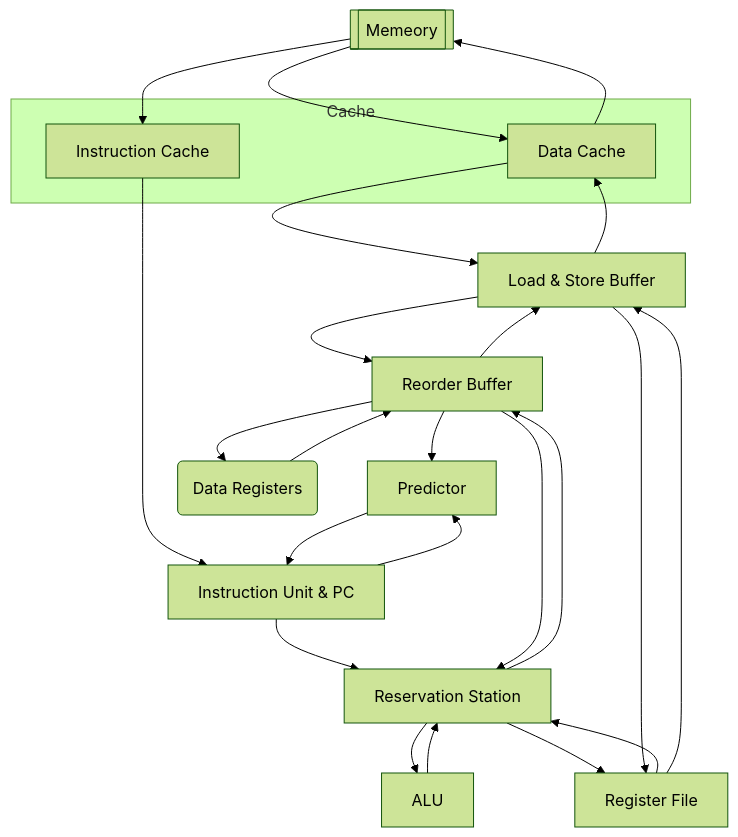
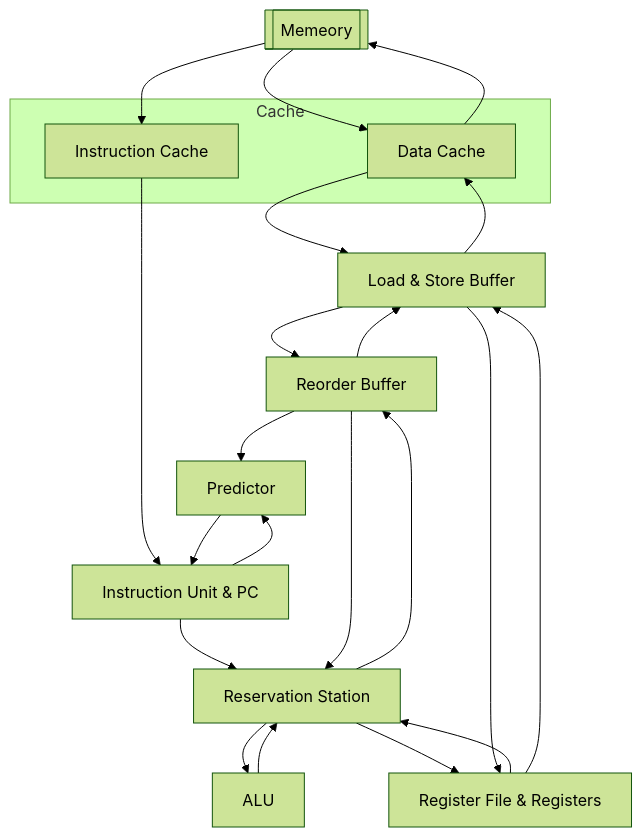
One commit to LauYeeYu/RV32I-CPU changed the diagram in docs/overview.md. Above: the diagram before and after it, drawn with Mermaid (forest theme).

Commit message:
docs: put the register file and register together

````diff
--- a/docs/overview.md
+++ b/docs/overview.md
@@ -5,39 +5,36 @@
 ```mermaid
 graph TD
 Mem[[Memeory]]
 subgraph Cache
   ICache[Instruction Cache]
   DCache[Data Cache]
 end
 InstructionUnit[Instruction Unit & PC]
 LSBuf[Load & Store Buffer]
 Predictor[Predictor]
-DRegs(Data Registers)
 RoB[Reorder Buffer]
-RegFile[Register File]
+RegFile[Register File & Registers]
 RS[Reservation Station]
 ALU[ALU]
 
 DCache --> Mem
 Mem --> DCache
 Mem --> ICache
 DCache --> LSBuf
 LSBuf --> DCache
 ICache --> InstructionUnit
 Predictor --> InstructionUnit
 InstructionUnit --> Predictor
 InstructionUnit --> RS
 RS --> ALU
 ALU --> RS
 RS --> RegFile
 RegFile --> RS
 RS --> RoB
 RoB --> RS
-RoB --> DRegs
-DRegs --> RoB
 LSBuf --> RoB
 RoB --> LSBuf
 LSBuf --> RegFile
 RegFile --> LSBuf
 RoB --> Predictor
 ```
````
